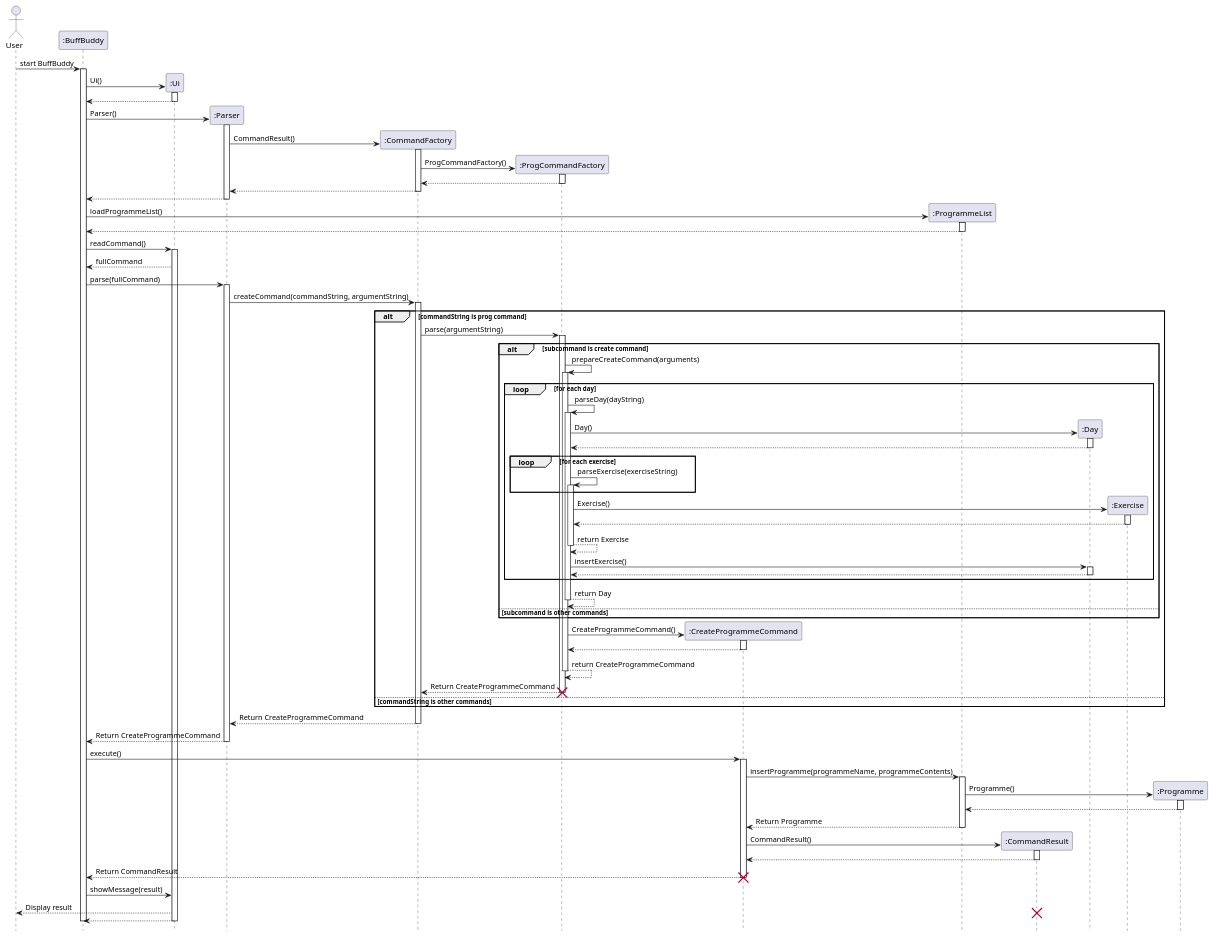
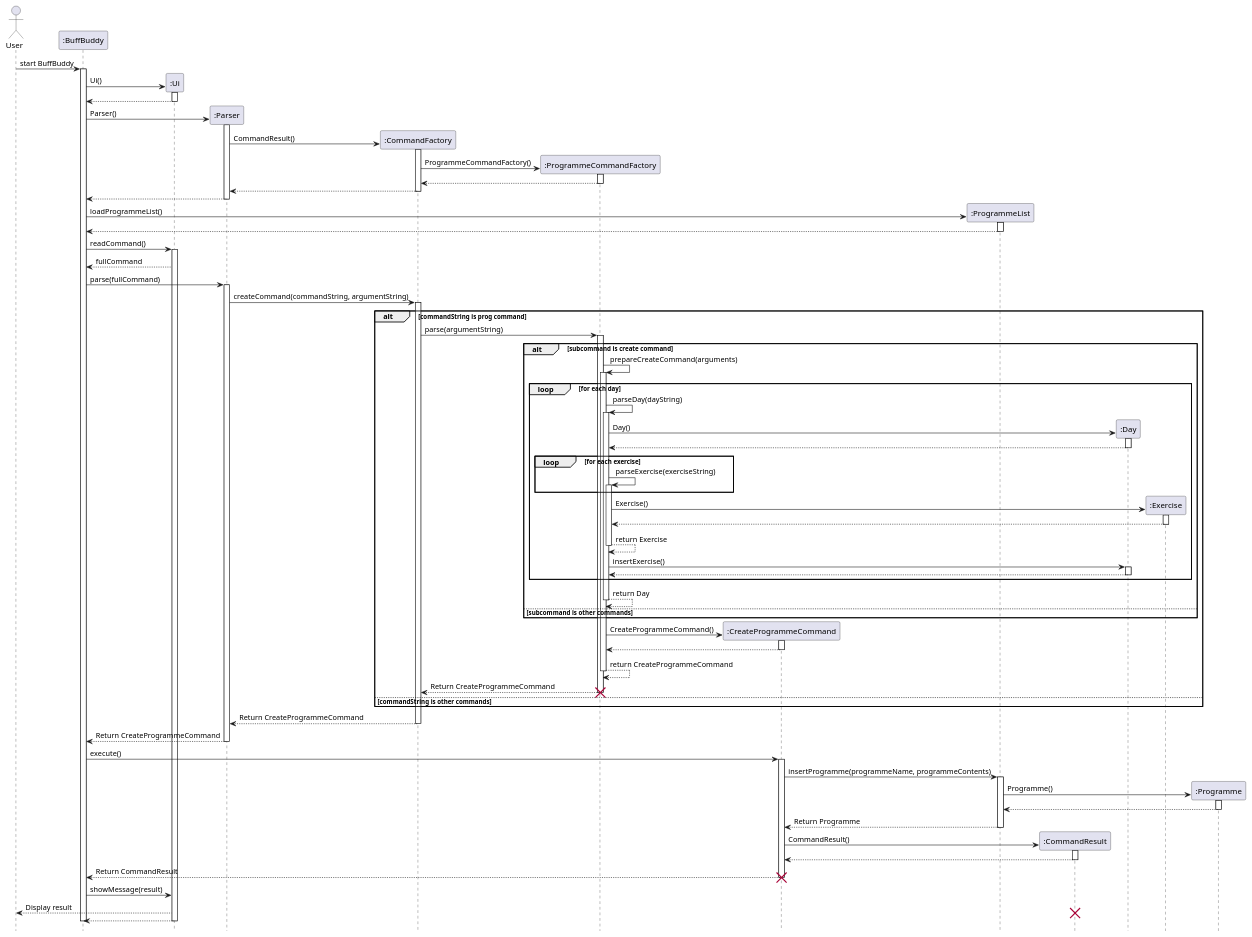
The diagram in docs/diagrams/createProgramme.puml (nus-cs2113-AY2425S1/tp), drawn with PlantUML before and after one commit. The commit also changed 4 other files, not shown here.

Commit message:
Update ProgCommandFactory to ProgrammeCommandFactory

```diff
--- a/docs/diagrams/createProgramme.puml
+++ b/docs/diagrams/createProgramme.puml
@@ -1,176 +1,176 @@
 @startuml
 
 hide footbox
 
 actor User as user
 participant ":BuffBuddy" as BuffBuddy
 participant ":Ui" as Ui
 participant ":Parser" as Parser
 participant ":CommandFactory" as CommandFactory
-participant ":ProgCommandFactory" as ProgCommandFactory
+participant ":ProgrammeCommandFactory" as ProgCommandFactory
 participant ":CreateProgrammeCommand" as CreateProgrammeCommand
 participant ":ProgrammeList" as ProgrammeList
 participant ":CommandResult" as CommandResult
 
 
 user -> BuffBuddy: start BuffBuddy
 activate BuffBuddy
 
 create Ui
 BuffBuddy -> Ui: Ui()
 activate Ui
 
 Ui --> BuffBuddy
 deactivate Ui
 
 create Parser
 BuffBuddy -> Parser: Parser()
 activate Parser
 
 create CommandFactory
 Parser -> CommandFactory: CommandResult()
 activate CommandFactory
 
 create ProgCommandFactory
-CommandFactory -> ProgCommandFactory: ProgCommandFactory()
+CommandFactory -> ProgCommandFactory: ProgrammeCommandFactory()
 activate ProgCommandFactory
 
 ProgCommandFactory --> CommandFactory
 deactivate ProgCommandFactory
 
 CommandFactory --> Parser
 deactivate CommandFactory
 
 Parser --> BuffBuddy
 deactivate Parser
 
 create ProgrammeList
 BuffBuddy -> ProgrammeList: loadProgrammeList()
 activate ProgrammeList
 
 ProgrammeList --> BuffBuddy
 deactivate ProgrammeList
 
 BuffBuddy -> Ui: readCommand()
 activate Ui
 
 Ui --> BuffBuddy: fullCommand
 
 
 BuffBuddy -> Parser: parse(fullCommand)
 activate Parser
 
 Parser -> CommandFactory: createCommand(commandString, argumentString)
 activate CommandFactory
 
 alt commandString is prog command
     CommandFactory -> ProgCommandFactory: parse(argumentString)
     activate ProgCommandFactory
 
     alt subcommand is create command
         ProgCommandFactory -> ProgCommandFactory: prepareCreateCommand(arguments)
         activate ProgCommandFactory
 
 
         loop for each day
             ProgCommandFactory -> ProgCommandFactory: parseDay(dayString)
             activate ProgCommandFactory
 
             create ":Day" as Day
             ProgCommandFactory -> Day: Day()
             activate Day
 
             Day --> ProgCommandFactory
             deactivate Day
 
 
             loop for each exercise
                 ProgCommandFactory -> ProgCommandFactory: parseExercise(exerciseString)
                 activate ProgCommandFactory
             end
 
             create ":Exercise" as Exercise
             ProgCommandFactory -> Exercise: Exercise()
             activate Exercise
 
             Exercise --> ProgCommandFactory
             deactivate Exercise
 
            return return Exercise
 
            ProgCommandFactory -> Day: insertExercise()
            activate Day
 
            Day --> ProgCommandFactory
            deactivate Day
 
         end
         return return Day
 
     else subcommand is other commands
     end
 
     create  CreateProgrammeCommand
     ProgCommandFactory -> CreateProgrammeCommand: CreateProgrammeCommand()
     activate CreateProgrammeCommand
 
     CreateProgrammeCommand --> ProgCommandFactory
     deactivate CreateProgrammeCommand
 
     return return CreateProgrammeCommand
 
     ProgCommandFactory --> CommandFactory: Return CreateProgrammeCommand
     deactivate ProgCommandFactory
     destroy ProgCommandFactory
 
 
 else commandString is other commands
 end
 CommandFactory --> Parser: Return CreateProgrammeCommand
 deactivate CommandFactory
 
 
 Parser --> BuffBuddy: Return CreateProgrammeCommand
 deactivate Parser
 
 BuffBuddy -> CreateProgrammeCommand: execute()
 activate CreateProgrammeCommand
 
 CreateProgrammeCommand -> ProgrammeList: insertProgramme(programmeName, programmeContents)
 activate ProgrammeList
 
 create ":Programme" as Programme
 ProgrammeList -> Programme: Programme()
 activate Programme
 
 Programme --> ProgrammeList:
 deactivate Programme
 
 ProgrammeList --> CreateProgrammeCommand: Return Programme
 deactivate ProgrammeList
 
 create CommandResult
 CreateProgrammeCommand -> CommandResult: CommandResult()
 
 activate CommandResult
 
 CommandResult --> CreateProgrammeCommand
 deactivate CommandResult
 
 CreateProgrammeCommand --> BuffBuddy: Return CommandResult
 deactivate CreateProgrammeCommand
 destroy CreateProgrammeCommand
 
 
 BuffBuddy -> Ui: showMessage(result)
 
 
 Ui --> user: Display result
 destroy CommandResult
 
 Ui --> BuffBuddy
 deactivate BuffBuddy
 
 deactivate Ui
 
 @enduml
```
